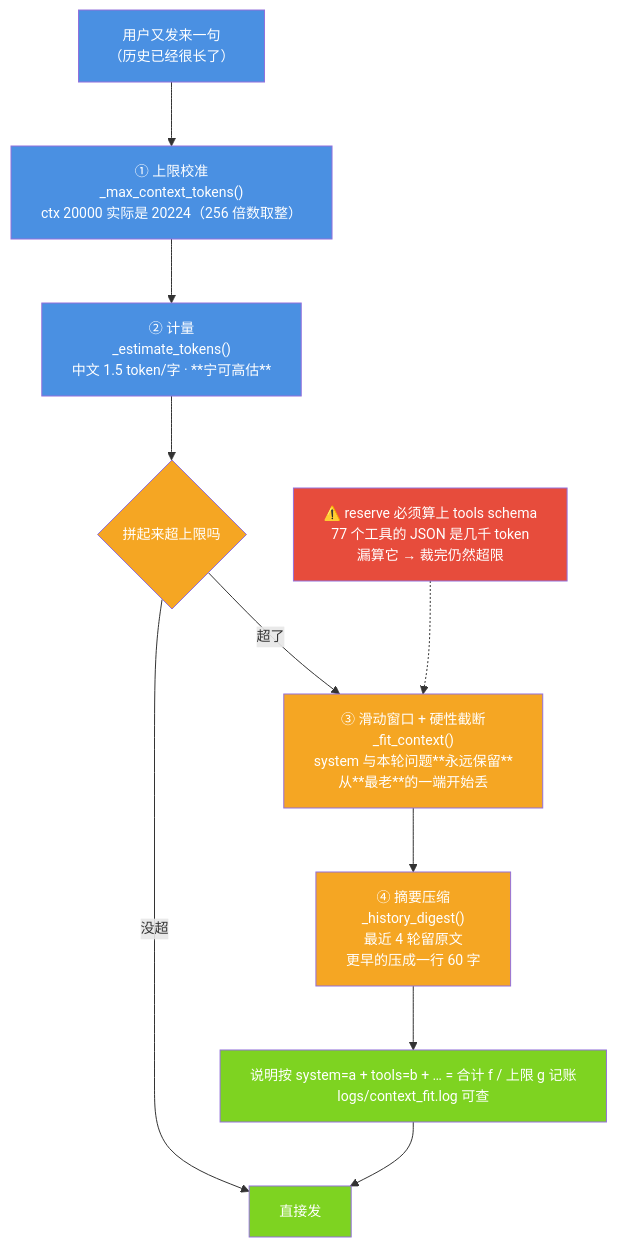
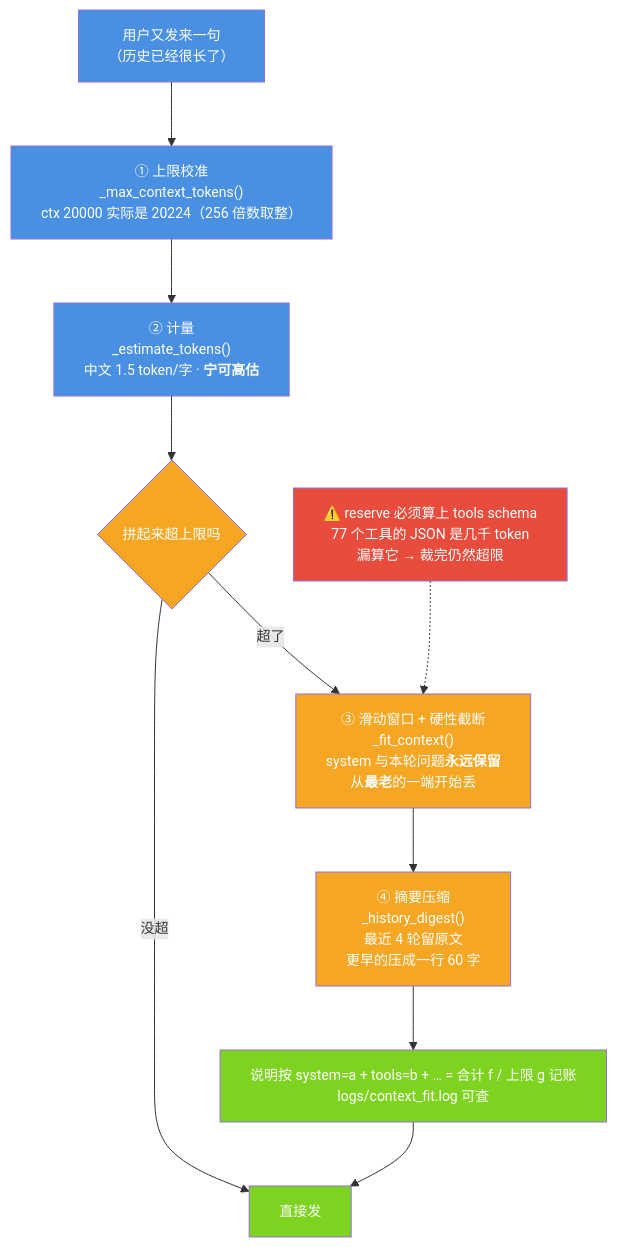
Before and after one commit to jiangchuangege/xiaojiao-harnees: the seventh of 8 diagrams in docs/six-infinity.md, drawn with Mermaid. The commit also changed 18 other files, not shown here.

Commit message:
修渲染缺陷：Mermaid 里 43 处 ** 换成可渲染的 <b>（Mermaid 不解析 Markdown 加粗，图里原样显示星号）；去掉列表里嵌套的 json 围栏；新增 check_render.py 并接入 CI

````diff
--- a/docs/six-infinity.md
+++ b/docs/six-infinity.md
@@ -579,22 +579,22 @@
 ```mermaid
 %%{init: {"themeVariables": {"fontSize": "14px"}, "flowchart": {"htmlLabels": true, "wrappingWidth": 340, "nodeSpacing": 46, "rankSpacing": 64, "useMaxWidth": true}}}%%
 flowchart TB
     A["用户又发来一句<br/>（历史已经很长了）"] --> B["① 上限校准<br/>_max_context_tokens()<br/>ctx 20000 实际是 20224（256 倍数取整）"]
-    B --> C["② 计量<br/>_estimate_tokens()<br/>中文 1.5 token/字 · **宁可高估**"]
+    B --> C["② 计量<br/>_estimate_tokens()<br/>中文 1.5 token/字 · <b>宁可高估</b>"]
     C --> D{"拼起来超上限吗"}
     D -->|"没超"| H["直接发"]
-    D -->|"超了"| E["③ 滑动窗口 + 硬性截断<br/>_fit_context()<br/>system 与本轮问题**永远保留**<br/>从**最老**的一端开始丢"]
+    D -->|"超了"| E["③ 滑动窗口 + 硬性截断<br/>_fit_context()<br/>system 与本轮问题<b>永远保留</b><br/>从<b>最老</b>的一端开始丢"]
     E --> F["④ 摘要压缩<br/>_history_digest()<br/>最近 4 轮留原文<br/>更早的压成一行 60 字"]
     F --> G["说明按 system=a + tools=b + … = 合计 f / 上限 g 记账<br/>logs/context_fit.log 可查"]
     G --> H
     I["⚠️ reserve 必须算上 tools schema<br/>77 个工具的 JSON 是几千 token<br/>漏算它 → 裁完仍然超限"] -.-> E
     style A fill:#4A90E2,color:#fff
     style B fill:#4A90E2,color:#fff
     style C fill:#4A90E2,color:#fff
     style D fill:#F5A623,color:#fff
     style E fill:#F5A623,color:#fff
     style F fill:#F5A623,color:#fff
     style G fill:#7ED321,color:#fff
     style H fill:#7ED321,color:#fff
     style I fill:#E74C3C,color:#fff
 ```
````
